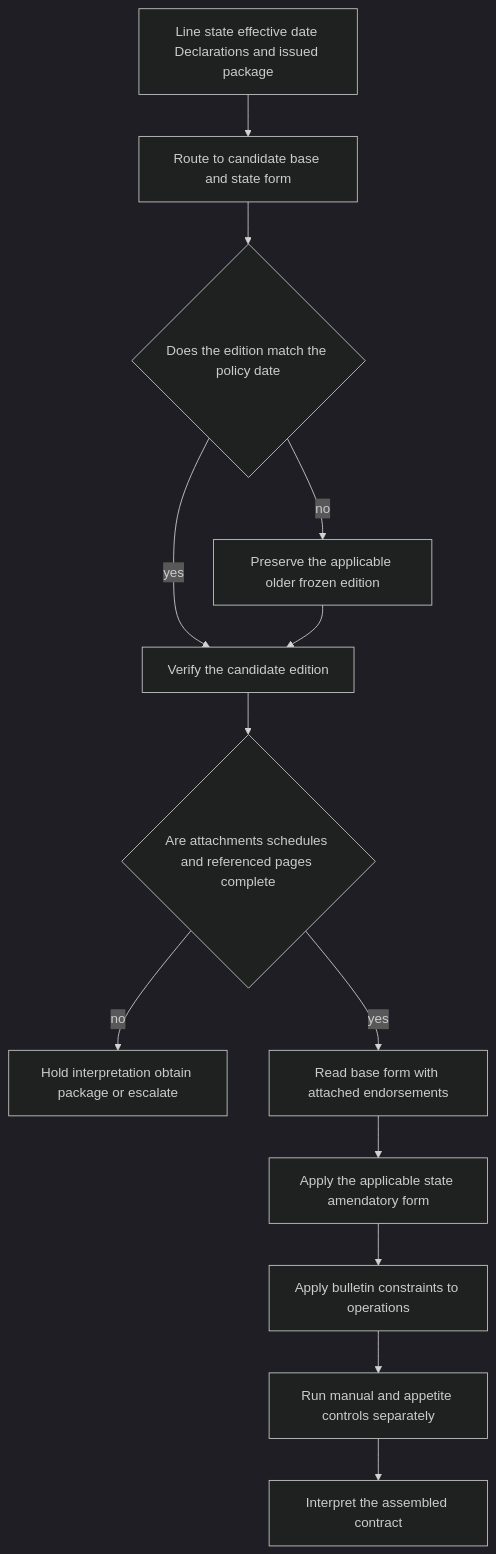
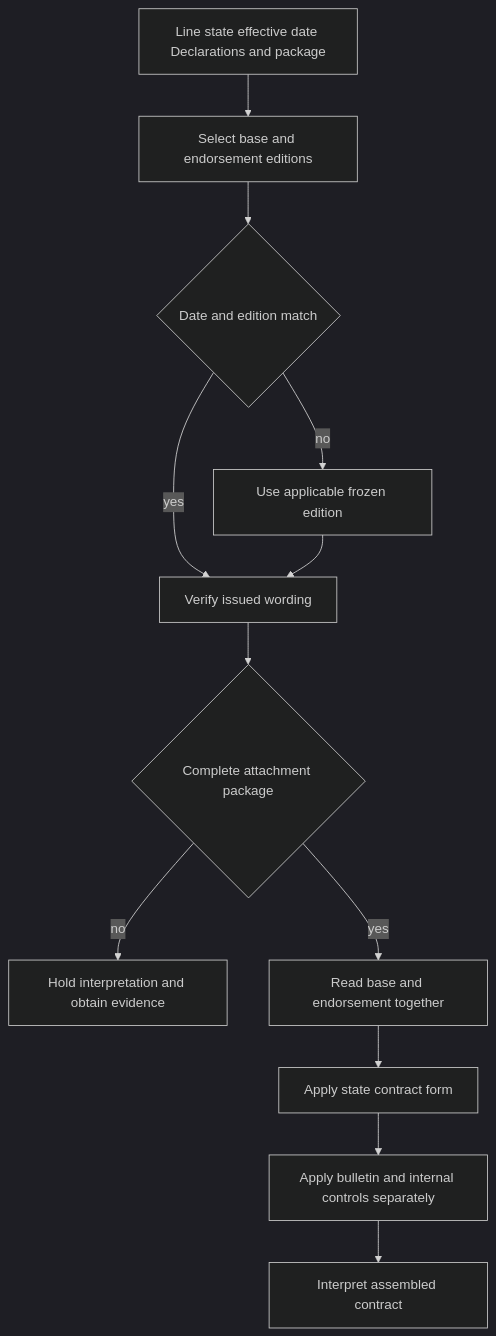
Before and after one commit to langchain-samples/openwiki-insurance-corpus: the diagram in openwiki/policy-assembly/editions-and-state-attachments.md, drawn with Mermaid (dark theme). The commit also changed other lines of this file and 29 other files, not shown here.

````diff
--- a/openwiki/policy-assembly/editions-and-state-attachments.md
+++ b/openwiki/policy-assembly/editions-and-state-attachments.md
@@ -78,15 +76,14 @@
 ```mermaid
 flowchart TD
-    A["Line state effective date Declarations and issued package"] --> B["Route to candidate base and state form"]
-    B --> C{"Does the edition match the policy date"}
-    C -->|"no"| D["Preserve the applicable older frozen edition"]
-    C -->|"yes"| E["Verify the candidate edition"]
+    A["Line state effective date Declarations and package"] --> B["Select base and endorsement editions"]
+    B --> C{"Date and edition match"}
+    C -->|"no"| D["Use applicable frozen edition"]
+    C -->|"yes"| E["Verify issued wording"]
     D --> E
-    E --> F{"Are attachments schedules and referenced pages complete"}
-    F -->|"no"| G["Hold interpretation obtain package or escalate"]
-    F -->|"yes"| H["Read base form with attached endorsements"]
-    H --> I["Apply the applicable state amendatory form"]
-    I --> J["Apply bulletin constraints to operations"]
-    J --> K["Run manual and appetite controls separately"]
-    K --> L["Interpret the assembled contract"]
+    E --> F{"Complete attachment package"}
+    F -->|"no"| G["Hold interpretation and obtain evidence"]
+    F -->|"yes"| H["Read base and endorsement together"]
+    H --> I["Apply state contract form"]
+    I --> J["Apply bulletin and internal controls separately"]
+    J --> K["Interpret assembled contract"]
 ```
````
